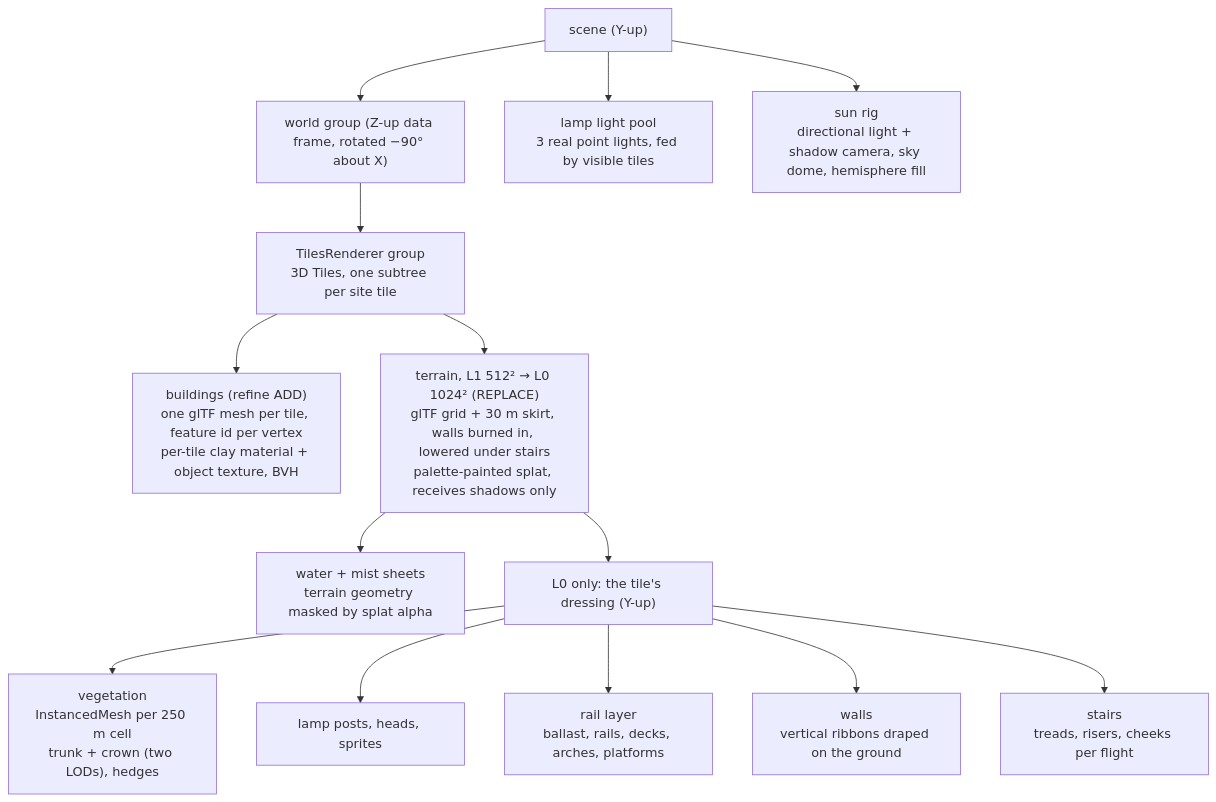
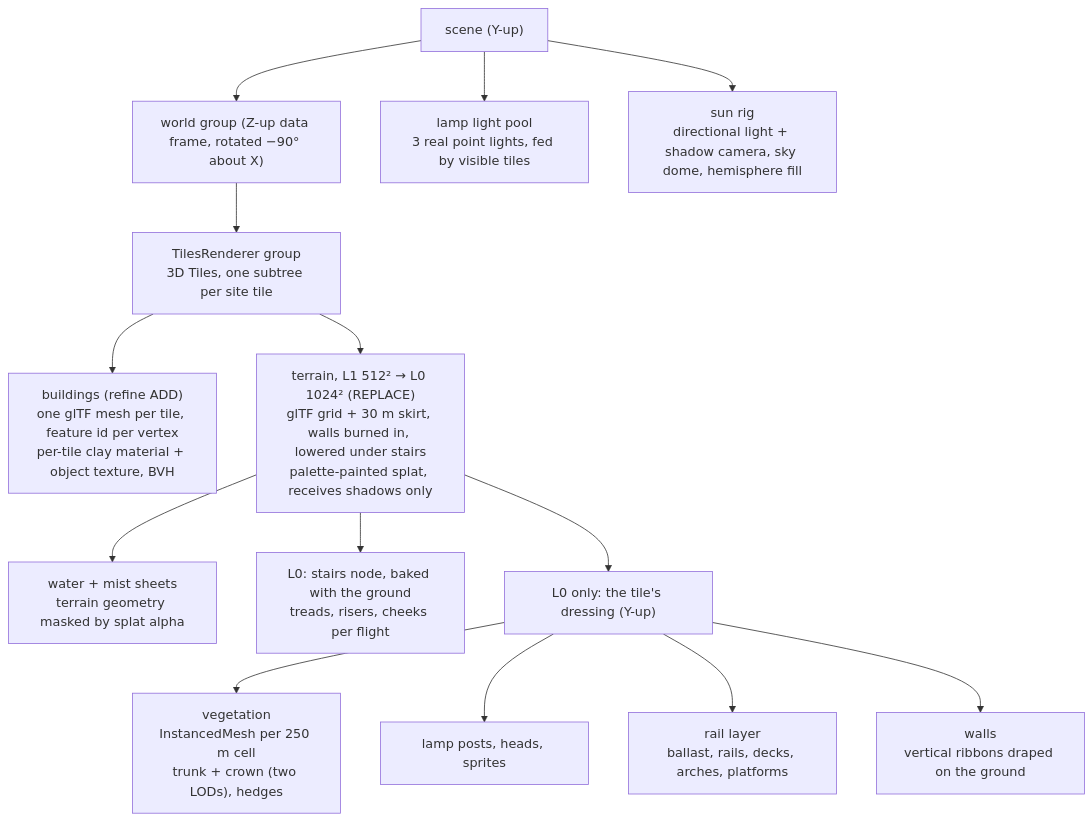
Before and after one commit to mdugue/bridge: the first of 2 diagrams in docs/rendering.md, drawn with Mermaid. The commit also changed other lines of this file and 25 other files, not shown here.

````diff
--- a/docs/rendering.md
+++ b/docs/rendering.md
@@ -25,19 +25,19 @@
 ```mermaid
 flowchart TB
   SCENE["scene (Y-up)"]
   WORLD["world group (Z-up data frame, rotated −90° about X)"]
   TILES["TilesRenderer group<br/>3D Tiles, one subtree per site tile"]
   SCENE --> WORLD
   WORLD --> TILES
   TILES --> CITY["buildings (refine ADD)<br/>one glTF mesh per tile, feature id per vertex<br/>per-tile clay material + object texture, BVH"]
   TILES --> TER["terrain, L1 512² → L0 1024² (REPLACE)<br/>glTF grid + 30 m skirt, walls burned in, lowered under stairs<br/>palette-painted splat, receives shadows only"]
   TER --> WAT["water + mist sheets<br/>terrain geometry masked by splat alpha"]
+  TER --> STAIR["L0: stairs node, baked with the ground<br/>treads, risers, cheeks per flight"]
   TER --> DRESS["L0 only: the tile's dressing (Y-up)"]
   DRESS --> VEG["vegetation<br/>InstancedMesh per 250 m cell<br/>trunk + crown (two LODs), hedges"]
   DRESS --> LAMP["lamp posts, heads, sprites"]
   DRESS --> RAIL["rail layer<br/>ballast, rails, decks, arches, platforms"]
   DRESS --> WALL["walls<br/>vertical ribbons draped on the ground"]
-  DRESS --> STAIR["stairs<br/>treads, risers, cheeks per flight"]
   SCENE --> LIGHTS["lamp light pool<br/>3 real point lights, fed by visible tiles"]
   SCENE --> SUN["sun rig<br/>directional light + shadow camera, sky dome, hemisphere fill"]
 ```
````
